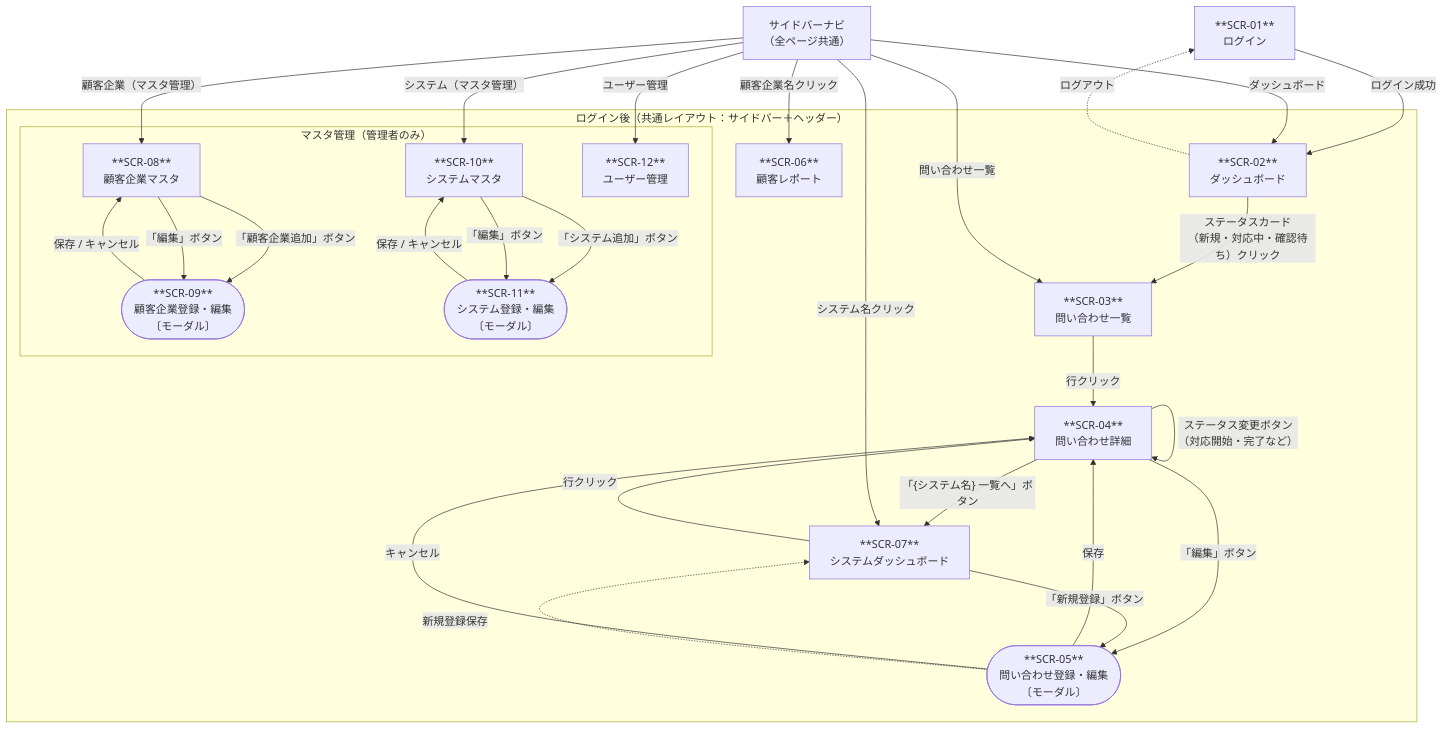
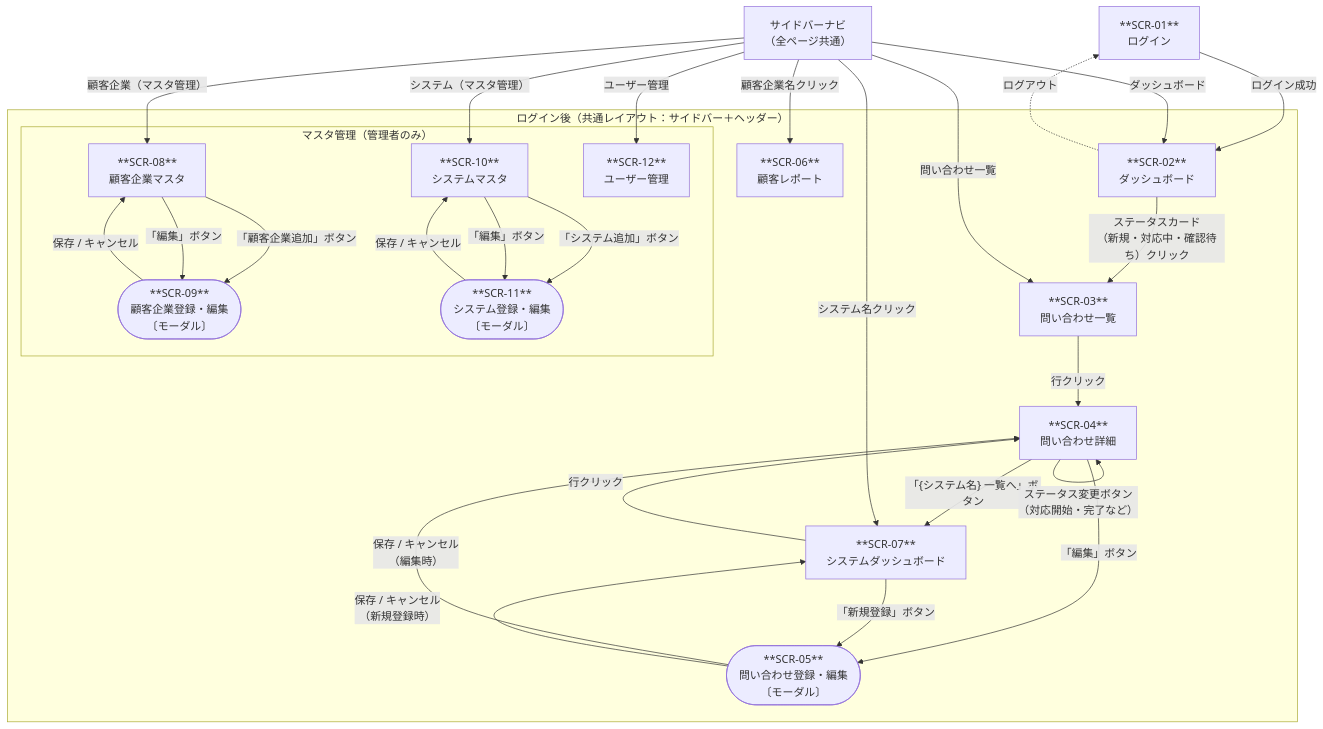
Before and after one commit to macmakobaseballer/support-ops-hub: the diagram in docs/screens/画面遷移図.md, drawn with Mermaid. The commit also changed other lines of this file and 1 other file, not shown here.

Commit message:
レビュー指摘3点を修正
- [中] saveTicket(): 新規登録保存後の遷移を navigate('tickets') から navigate('system-dashboard', {id: sysId}) に修正（仕様書・遷移図と整合）
- [中] renderSidebar(): マスタ管理セクション（顧客企業・システム・ユーザー管理）を管理者ロールのみ表示するよう制御を追加
- [低] 画面遷移図: SCR-05 キャンセルの Mermaid 図を「編集時→SCR-04 / 新規登録時→SCR-07」に分岐表現に修正し、遷移トリガー一覧表も2行に分割

````diff
--- a/docs/screens/画面遷移図.md
+++ b/docs/screens/画面遷移図.md
@@ -30,66 +30,63 @@
 ```mermaid
 flowchart TD
     SCR01["**SCR-01**\nログイン"]
 
     subgraph APP["ログイン後（共通レイアウト：サイドバー＋ヘッダー）"]
         SCR02["**SCR-02**\nダッシュボード"]
         SCR03["**SCR-03**\n問い合わせ一覧"]
         SCR04["**SCR-04**\n問い合わせ詳細"]
         SCR05(["**SCR-05**\n問い合わせ登録・編集\n〔モーダル〕"])
         SCR06["**SCR-06**\n顧客レポート"]
         SCR07["**SCR-07**\nシステムダッシュボード"]
 
         subgraph MASTER["マスタ管理（管理者のみ）"]
             SCR08["**SCR-08**\n顧客企業マスタ"]
             SCR09(["**SCR-09**\n顧客企業登録・編集\n〔モーダル〕"])
             SCR10["**SCR-10**\nシステムマスタ"]
             SCR11(["**SCR-11**\nシステム登録・編集\n〔モーダル〕"])
             SCR12["**SCR-12**\nユーザー管理"]
         end
     end
 
     %% 認証
     SCR01 -->|"ログイン成功"| SCR02
     SCR02 -.->|"ログアウト"| SCR01
 
     %% ダッシュボード → 一覧
     SCR02 -->|"ステータスカード\n（新規・対応中・確認待ち）クリック"| SCR03
 
     %% 一覧 → 詳細
     SCR03 -->|"行クリック"| SCR04
 
     %% 詳細のアクション
     SCR04 -->|"「{システム名} 一覧へ」ボタン"| SCR07
     SCR04 -->|"「編集」ボタン"| SCR05
     SCR04 -->|"ステータス変更ボタン\n（対応開始・完了など）"| SCR04
 
     %% モーダル：問い合わせ登録・編集
-    SCR05 -->|"保存"| SCR04
-    SCR05 -->|"キャンセル"| SCR04
+    SCR05 -->|"保存 / キャンセル\n（編集時）"| SCR04
+    SCR05 -->|"保存 / キャンセル\n（新規登録時）"| SCR07
 
     %% システムダッシュボード
     SCR07 -->|"行クリック"| SCR04
     SCR07 -->|"「新規登録」ボタン"| SCR05
-
-    %% 新規登録保存後はシステムダッシュボードへ
-    SCR05 -.->|"新規登録保存"| SCR07
 
     %% マスタ管理
     SCR08 -->|"「顧客企業追加」ボタン"| SCR09
     SCR08 -->|"「編集」ボタン"| SCR09
     SCR09 -->|"保存 / キャンセル"| SCR08
 
     SCR10 -->|"「システム追加」ボタン"| SCR11
     SCR10 -->|"「編集」ボタン"| SCR11
     SCR11 -->|"保存 / キャンセル"| SCR10
 
     %% サイドバーによるナビゲーション（全ページから）
     NAV["サイドバーナビ\n（全ページ共通）"]
     NAV -->|"ダッシュボード"| SCR02
     NAV -->|"問い合わせ一覧"| SCR03
     NAV -->|"顧客企業名クリック"| SCR06
     NAV -->|"システム名クリック"| SCR07
     NAV -->|"顧客企業（マスタ管理）"| SCR08
     NAV -->|"システム（マスタ管理）"| SCR10
     NAV -->|"ユーザー管理"| SCR12
 ```
````
